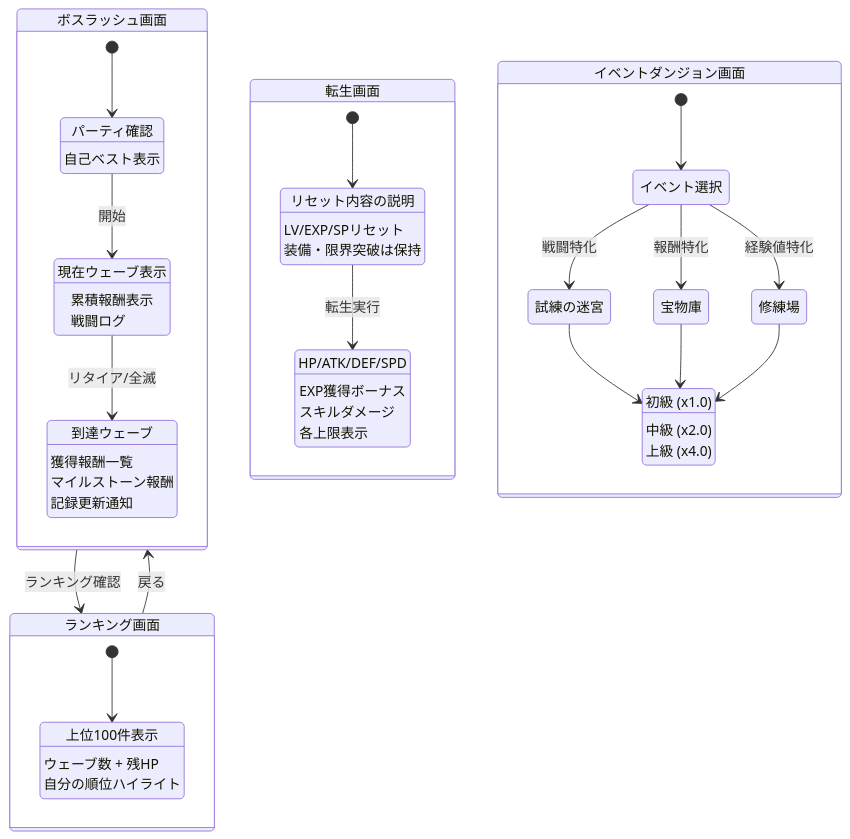
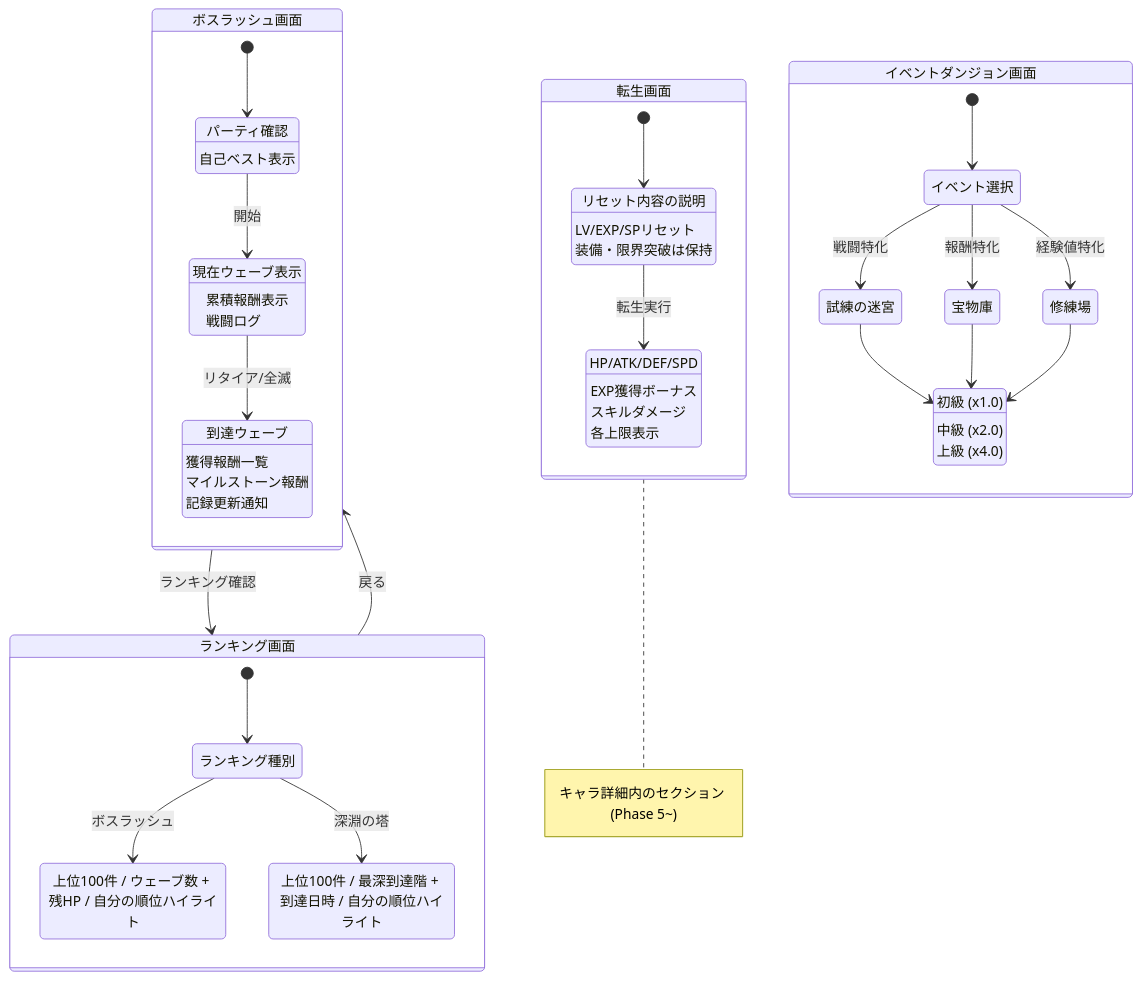
The diagram in docs/diagrams/screen_transition/endgame.md (dateeee/2026_AFKGAME), drawn with Mermaid before and after one commit. The commit also changed other lines of this file and 6 other files, not shown here.

First line of the commit message:
docs: Phase 5 設計図レビュー指摘の反映（ISSUE-701〜709）

````diff
--- a/docs/diagrams/screen_transition/endgame.md
+++ b/docs/diagrams/screen_transition/endgame.md
@@ -7,59 +7,62 @@
 ```mermaid
 %%{init: {'theme': 'default', 'themeVariables': {'fontSize': '16px'}} }%%
 stateDiagram-v2
     direction TB
 
     state ボスラッシュ画面 {
         direction TB
         [*] --> ボスラッシュ待機
         ボスラッシュ待機 : パーティ確認
         ボスラッシュ待機 : 自己ベスト表示
         ボスラッシュ待機 --> ボスラッシュ進行中 : 開始
         ボスラッシュ進行中 : 現在ウェーブ表示
         ボスラッシュ進行中 : 累積報酬表示
         ボスラッシュ進行中 : 戦闘ログ
         ボスラッシュ進行中 --> ボスラッシュ結果 : リタイア/全滅
         ボスラッシュ結果 : 到達ウェーブ
         ボスラッシュ結果 : 獲得報酬一覧
         ボスラッシュ結果 : マイルストーン報酬
         ボスラッシュ結果 : 記録更新通知
     }
 
     state ランキング画面 {
         direction TB
-        [*] --> ランキング一覧
-        ランキング一覧 : 上位100件表示
-        ランキング一覧 : ウェーブ数 + 残HP
-        ランキング一覧 : 自分の順位ハイライト
+        [*] --> ランキング種別
+        ランキング種別 --> ボスラッシュランキング : ボスラッシュ
+        ランキング種別 --> 深淵ランキング : 深淵の塔
+        ボスラッシュランキング : 上位100件 / ウェーブ数 + 残HP / 自分の順位ハイライト
+        深淵ランキング : 上位100件 / 最深到達階 + 到達日時 / 自分の順位ハイライト
     }
+
+    note right of 転生画面 : キャラ詳細内のセクション (Phase 5~)
 
     state 転生画面 {
         direction TB
         [*] --> 転生確認
         転生確認 : リセット内容の説明
         転生確認 : LV/EXP/SPリセット
         転生確認 : 装備・限界突破は保持
         転生確認 --> ポイント振り分け : 転生実行
         ポイント振り分け : HP/ATK/DEF/SPD
         ポイント振り分け : EXP獲得ボーナス
         ポイント振り分け : スキルダメージ
         ポイント振り分け : 各上限表示
     }
 
     state イベントダンジョン画面 {
         direction TB
         [*] --> イベント選択
         イベント選択 --> 試練の迷宮 : 戦闘特化
         イベント選択 --> 宝物庫 : 報酬特化
         イベント選択 --> 修練場 : 経験値特化
         試練の迷宮 --> 難易度選択
         宝物庫 --> 難易度選択
         修練場 --> 難易度選択
         難易度選択 : 初級 (x1.0)
         難易度選択 : 中級 (x2.0)
         難易度選択 : 上級 (x4.0)
     }
 
     ボスラッシュ画面 --> ランキング画面 : ランキング確認
     ランキング画面 --> ボスラッシュ画面 : 戻る
 ```
````
